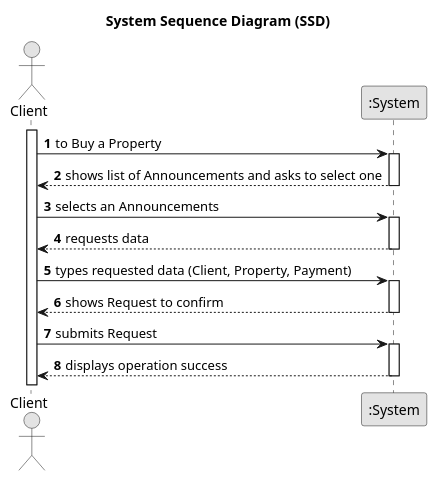
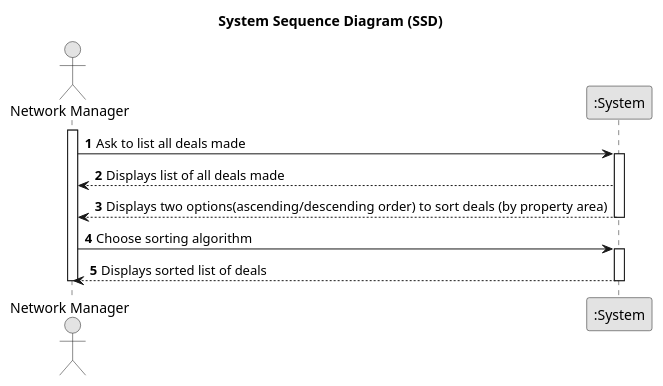
One commit to hugosilva2901/lei-22-s2-1DO-g68 changed the diagram in lei-22-s2-1do-g68/docs/SprintD/us017/01.requirements-engineering/puml/us010-Sequence-diagram-alternative-one.puml. Above: the diagram before and after it, drawn with PlantUML. The commit also changed 1 other file, not shown here.

```diff
--- a/lei-22-s2-1do-g68/docs/SprintD/us017/01.requirements-engineering/puml/us010-Sequence-diagram-alternative-one.puml
+++ b/lei-22-s2-1do-g68/docs/SprintD/us017/01.requirements-engineering/puml/us010-Sequence-diagram-alternative-one.puml
@@ -1,41 +1,31 @@
 @startuml
 skinparam monochrome true
 skinparam packageStyle rectangle
 skinparam shadowing false
 
 title System Sequence Diagram (SSD)
 
 autonumber
-actor "Client" as cl
+actor "Network Manager" as nm
 participant ":System" as System
 
-activate cl
+activate nm
 
-        cl -> System : to Buy a Property
+    nm -> System : Ask to list all deals made
     activate System
 
-        System --> cl : shows list of Announcements and asks to select one
+    System --> nm : Displays list of all deals made
+
+
+    System --> nm : Displays two options(ascending/descending order) to sort deals (by property area)
     deactivate System
 
-        cl -> System : selects an Announcements
+    nm -> System : Choose sorting algorithm
     activate System
 
 
-        System --> cl : requests data
+    System --> nm :Displays sorted list of deals
     deactivate System
 
-        cl -> System : types requested data (Client, Property, Payment)
-    activate System
-
-
-        System --> cl : shows Request to confirm
-    deactivate System
-
-        cl -> System : submits Request
-    activate System
-
-        System --> cl : displays operation success
-    deactivate System
-
-
+deactivate nm
 @enduml
```
